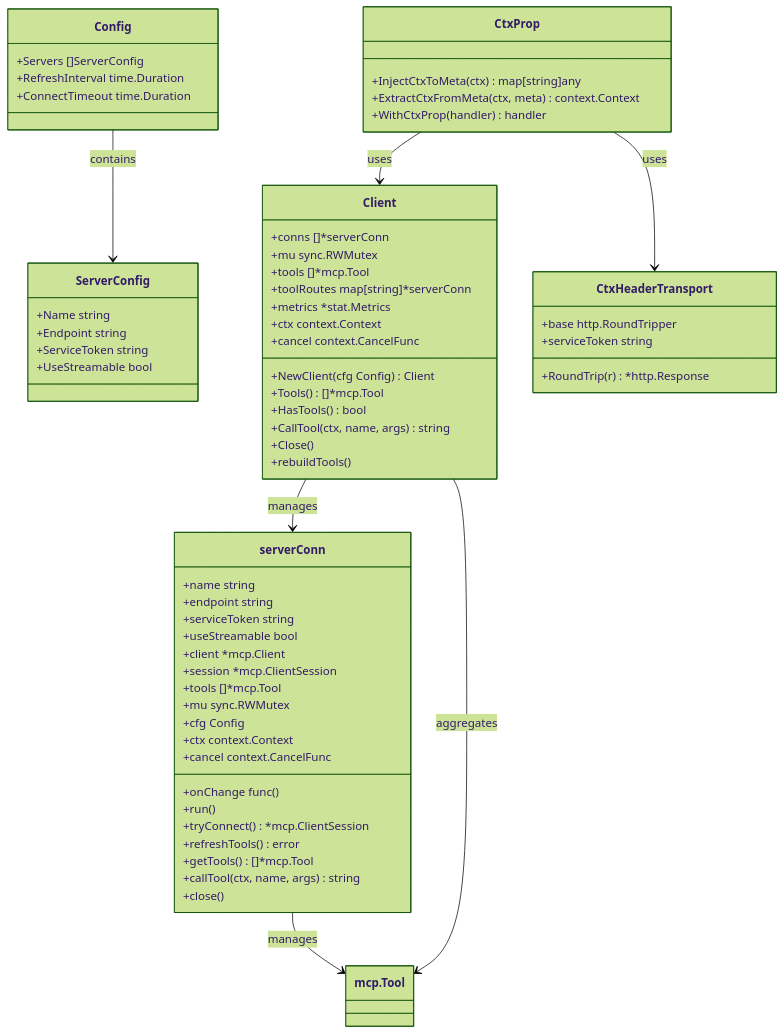
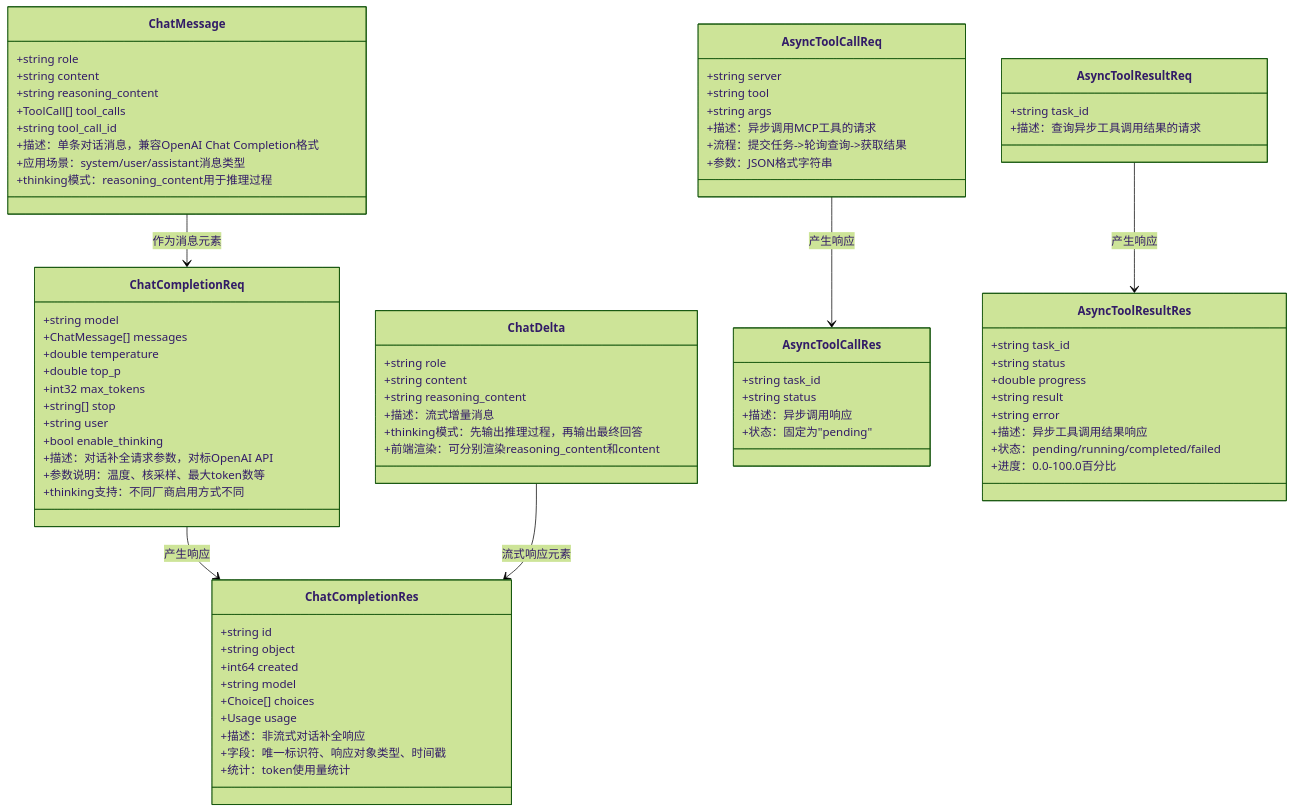
One commit to maomao94/zero-service changed the third of 10 diagrams in .qoder/repowiki/zh/content/核心服务详解/AI聊天服务.md. Above: the diagram before and after it, drawn with Mermaid (forest theme). The commit also changed other lines of this file and 42 other files, not shown here.

````diff
--- a/.qoder/repowiki/zh/content/核心服务详解/AI聊天服务.md
+++ b/.qoder/repowiki/zh/content/核心服务详解/AI聊天服务.md
@@ -363,65 +372,78 @@
 ```mermaid
 classDiagram
-class Client {
-+conns []*serverConn
-+mu sync.RWMutex
-+tools []*mcp.Tool
-+toolRoutes map[string]*serverConn
-+metrics *stat.Metrics
-+ctx context.Context
-+cancel context.CancelFunc
-+NewClient(cfg Config) Client
-+Tools() []*mcp.Tool
-+HasTools() bool
-+CallTool(ctx, name, args) string
-+Close()
-+rebuildTools()
+class ChatMessage {
++string role
++string content
++string reasoning_content
++ToolCall[] tool_calls
++string tool_call_id
++描述：单条对话消息，兼容OpenAI Chat Completion格式
++应用场景：system/user/assistant消息类型
++thinking模式：reasoning_content用于推理过程
 }
-class serverConn {
-+name string
-+endpoint string
-+serviceToken string
-+useStreamable bool
-+client *mcp.Client
-+session *mcp.ClientSession
-+tools []*mcp.Tool
-+mu sync.RWMutex
-+cfg Config
-+onChange func()
-+ctx context.Context
-+cancel context.CancelFunc
-+run()
-+tryConnect() *mcp.ClientSession
-+refreshTools() error
-+getTools() []*mcp.Tool
-+callTool(ctx, name, args) string
-+close()
+class ChatCompletionReq {
++string model
++ChatMessage[] messages
++double temperature
++double top_p
++int32 max_tokens
++string[] stop
++string user
++bool enable_thinking
++描述：对话补全请求参数，对标OpenAI API
++参数说明：温度、核采样、最大token数等
++thinking支持：不同厂商启用方式不同
 }
-class Config {
-+Servers []ServerConfig
-+RefreshInterval time.Duration
-+ConnectTimeout time.Duration
+class ChatCompletionRes {
++string id
++string object
++int64 created
++string model
++Choice[] choices
++Usage usage
++描述：非流式对话补全响应
++字段：唯一标识符、响应对象类型、时间戳
++统计：token使用量统计
 }
-class ServerConfig {
-+Name string
-+Endpoint string
-+ServiceToken string
-+UseStreamable bool
+class ChatDelta {
++string role
++string content
++string reasoning_content
++描述：流式增量消息
++thinking模式：先输出推理过程，再输出最终回答
++前端渲染：可分别渲染reasoning_content和content
 }
-class CtxProp {
-+InjectCtxToMeta(ctx) map[string]any
-+ExtractCtxFromMeta(ctx, meta) context.Context
-+WithCtxProp(handler) handler
+class AsyncToolCallReq {
++string server
++string tool
++string args
++描述：异步调用MCP工具的请求
++流程：提交任务->轮询查询->获取结果
++参数：JSON格式字符串
 }
-class CtxHeaderTransport {
-+base http.RoundTripper
-+serviceToken string
-+RoundTrip(r) *http.Response
+class AsyncToolCallRes {
++string task_id
++string status
++描述：异步调用响应
++状态：固定为"pending"
 }
-Client --> serverConn : manages
-Client --> mcp.Tool : aggregates
-serverConn --> mcp.Tool : manages
-Config --> ServerConfig : contains
-CtxProp --> Client : uses
-CtxProp --> CtxHeaderTransport : uses
+class AsyncToolResultReq {
++string task_id
++描述：查询异步工具调用结果的请求
+}
+class AsyncToolResultRes {
++string task_id
++string status
++double progress
++string result
++string error
++描述：异步工具调用结果响应
++状态：pending/running/completed/failed
++进度：0.0-100.0百分比
+}
+ChatMessage --> ChatCompletionReq : 作为消息元素
+ChatCompletionReq --> ChatCompletionRes : 产生响应
+ChatDelta --> ChatCompletionRes : 流式响应元素
+AsyncToolCallReq --> AsyncToolCallRes : 产生响应
+AsyncToolResultReq --> AsyncToolResultRes : 产生响应
 ```
````
